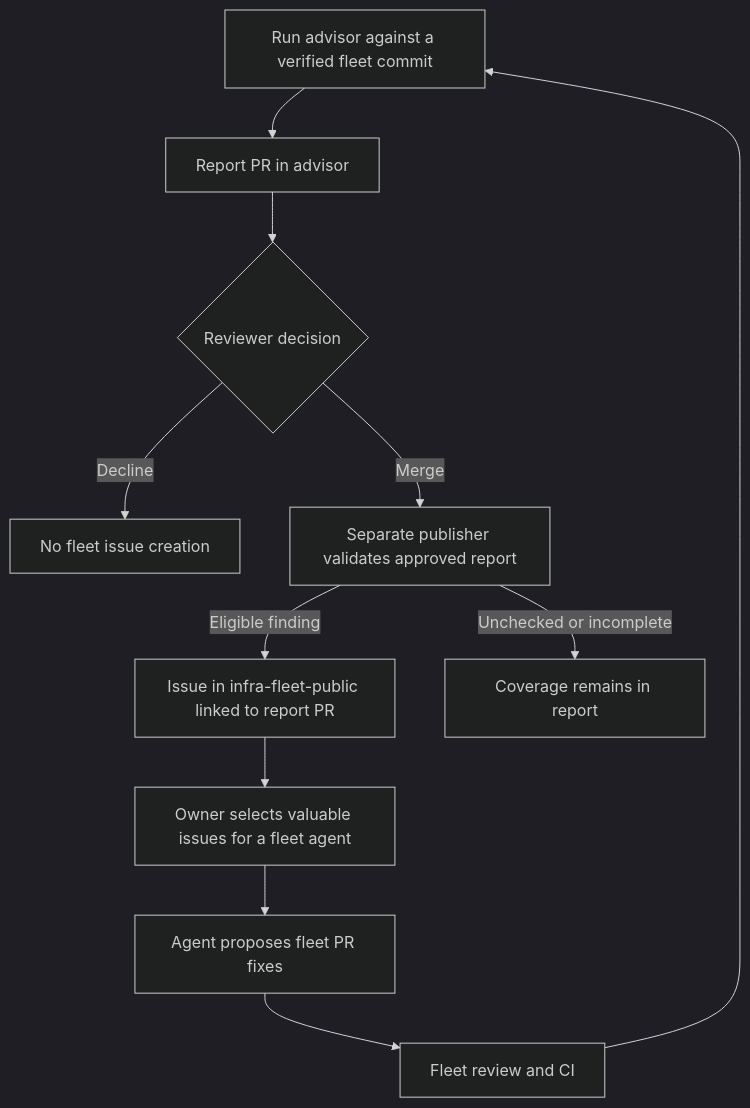
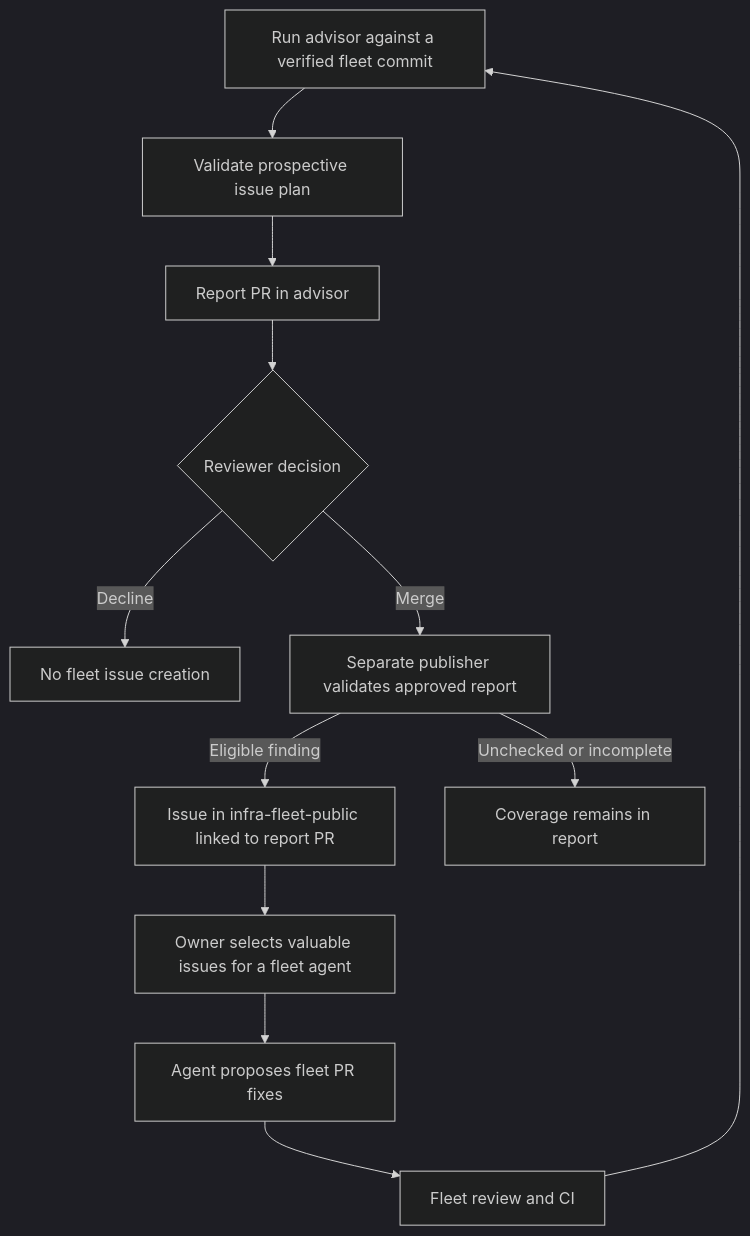
The diagram in docs/WORKFLOW.md (ImranAdan/infra-fleet-advisor-public), drawn with Mermaid (dark theme) before and after one commit. The commit also changed other lines of this file and 3 other files, not shown here.

Commit message:
fix(advisor): validate issue plans before report review (#86)

````diff
--- a/docs/WORKFLOW.md
+++ b/docs/WORKFLOW.md
@@ -8,13 +8,14 @@
 ```mermaid
 flowchart TD
-    A[Run advisor against a verified fleet commit] --> B[Report PR in advisor]
+    A[Run advisor against a verified fleet commit] --> P[Validate prospective issue plan]
+    P --> B[Report PR in advisor]
     B --> C{Reviewer decision}
     C -->|Decline| D[No fleet issue creation]
     C -->|Merge| E[Separate publisher validates approved report]
     E -->|Eligible finding| F[Issue in infra-fleet-public linked to report PR]
     E -->|Unchecked or incomplete| G[Coverage remains in report]
     F --> H[Owner selects valuable issues for a fleet agent]
     H --> I[Agent proposes fleet PR fixes]
     I --> J[Fleet review and CI]
     J --> A
 ```
````
